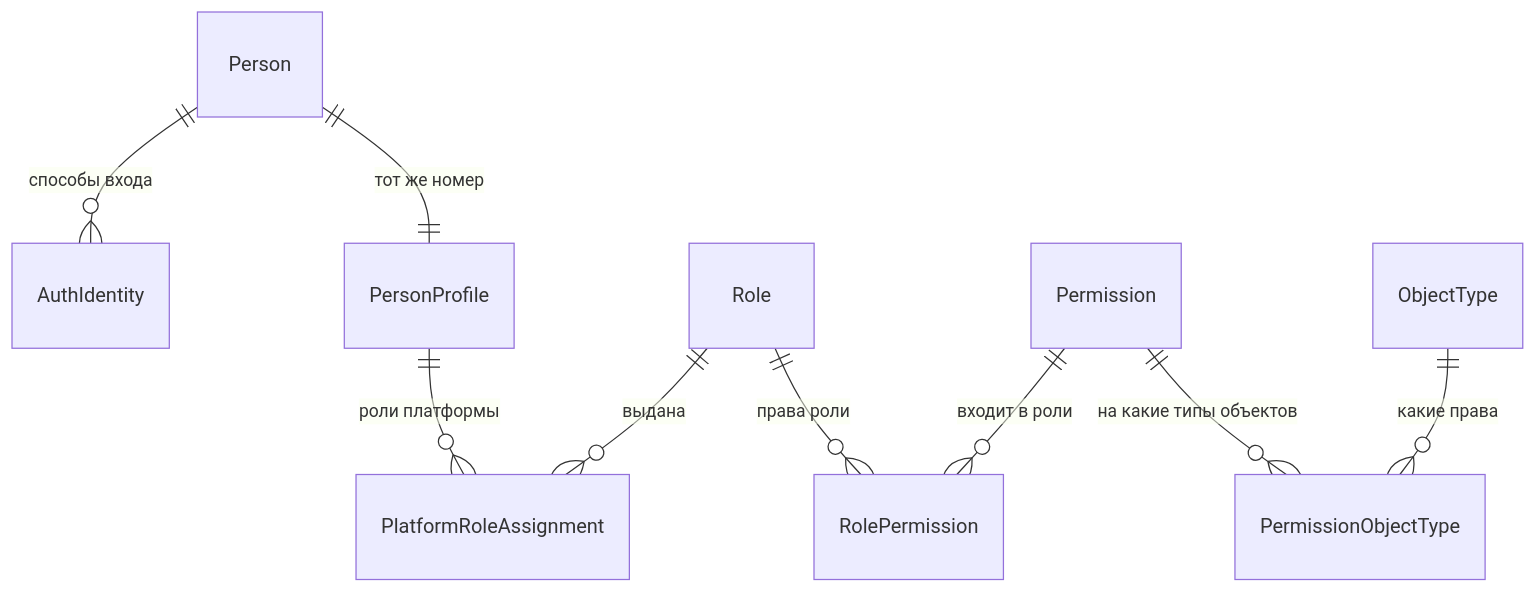
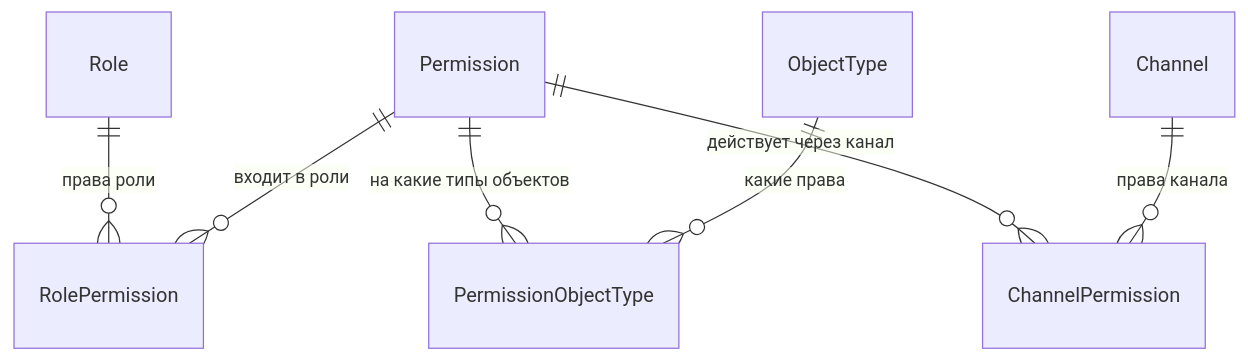
The second of 4 diagrams in domain_model/Access.md (KiraKhvan/memory_docs), drawn with Mermaid before and after one commit. The commit also changed other lines of this file and 3 other files, not shown here.

Commit message:
Access decisions: 49 permissions instead of role checks, 51 channel permission sets; open questions 50, 52-55

````diff
--- a/domain_model/Access.md
+++ b/domain_model/Access.md
@@ -22,11 +34,9 @@
 ```mermaid
 erDiagram
-    Person ||--o{ AuthIdentity : "способы входа"
-    Person ||--|| PersonProfile : "тот же номер"
-    PersonProfile ||--o{ PlatformRoleAssignment : "роли платформы"
-    Role ||--o{ PlatformRoleAssignment : "выдана"
     Role ||--o{ RolePermission : "права роли"
     Permission ||--o{ RolePermission : "входит в роли"
     Permission ||--o{ PermissionObjectType : "на какие типы объектов"
     ObjectType ||--o{ PermissionObjectType : "какие права"
+    Permission ||--o{ ChannelPermission : "действует через канал"
+    Channel ||--o{ ChannelPermission : "права канала"
 ```
````
